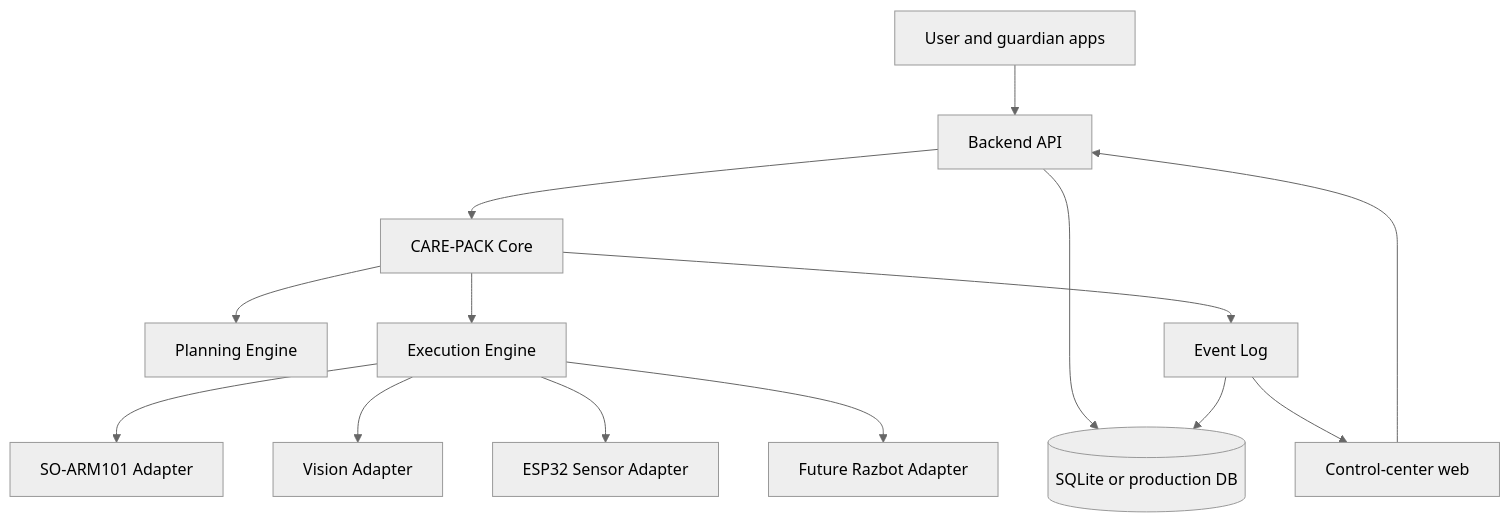
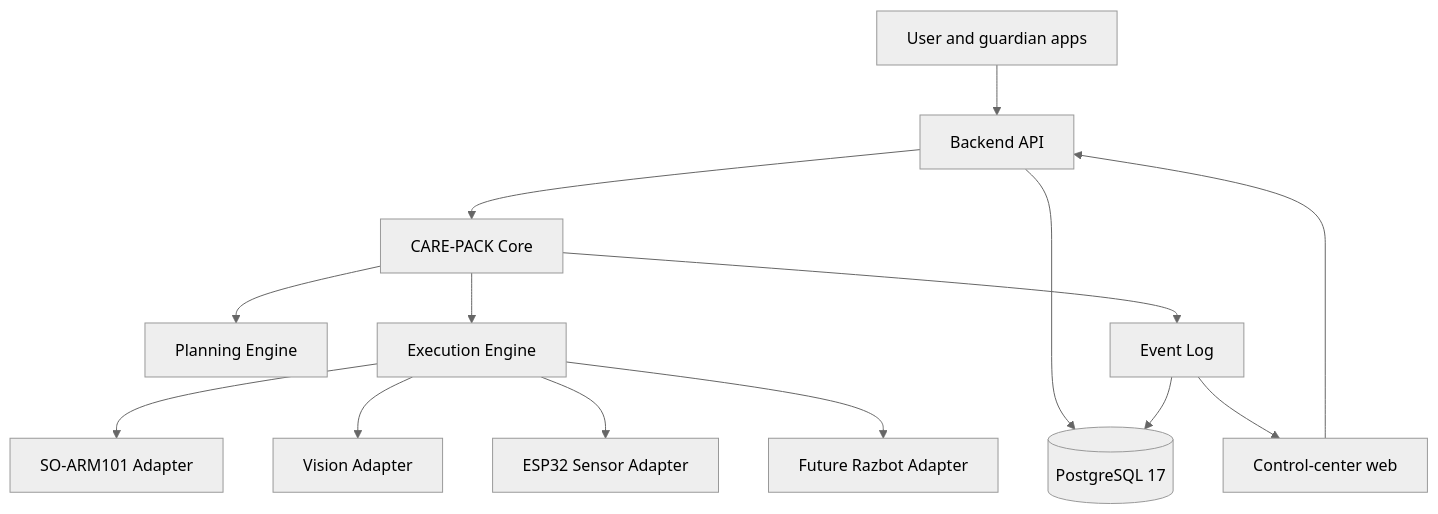
Before and after one commit to chaneepo/2026ESWContest_free_HomeProtector: the second of 2 diagrams in docs/en/01_SYSTEM_ARCHITECTURE.md, drawn with Mermaid (neutral theme). The commit also changed other lines of this file and 35 other files, not shown here.

Commit message:
PostgreSQL 기반 백엔드와 데이터 모델 구축

````diff
--- a/docs/en/01_SYSTEM_ARCHITECTURE.md
+++ b/docs/en/01_SYSTEM_ARCHITECTURE.md
@@ -33,16 +33,16 @@
 ```mermaid
 flowchart TD
     APP[User and guardian apps] --> API[Backend API]
     WEB[Control-center web] --> API
     API --> CORE[CARE-PACK Core]
     CORE --> PLAN[Planning Engine]
     CORE --> EXEC[Execution Engine]
     EXEC --> ARM[SO-ARM101 Adapter]
     EXEC --> VISION[Vision Adapter]
     EXEC --> SENSOR[ESP32 Sensor Adapter]
     EXEC --> RAZ[Future Razbot Adapter]
-    API --> DB[(SQLite or production DB)]
+    API --> DB[(PostgreSQL 17)]
     CORE --> EVENTS[Event Log]
     EVENTS --> DB
     EVENTS --> WEB
 ```
````
